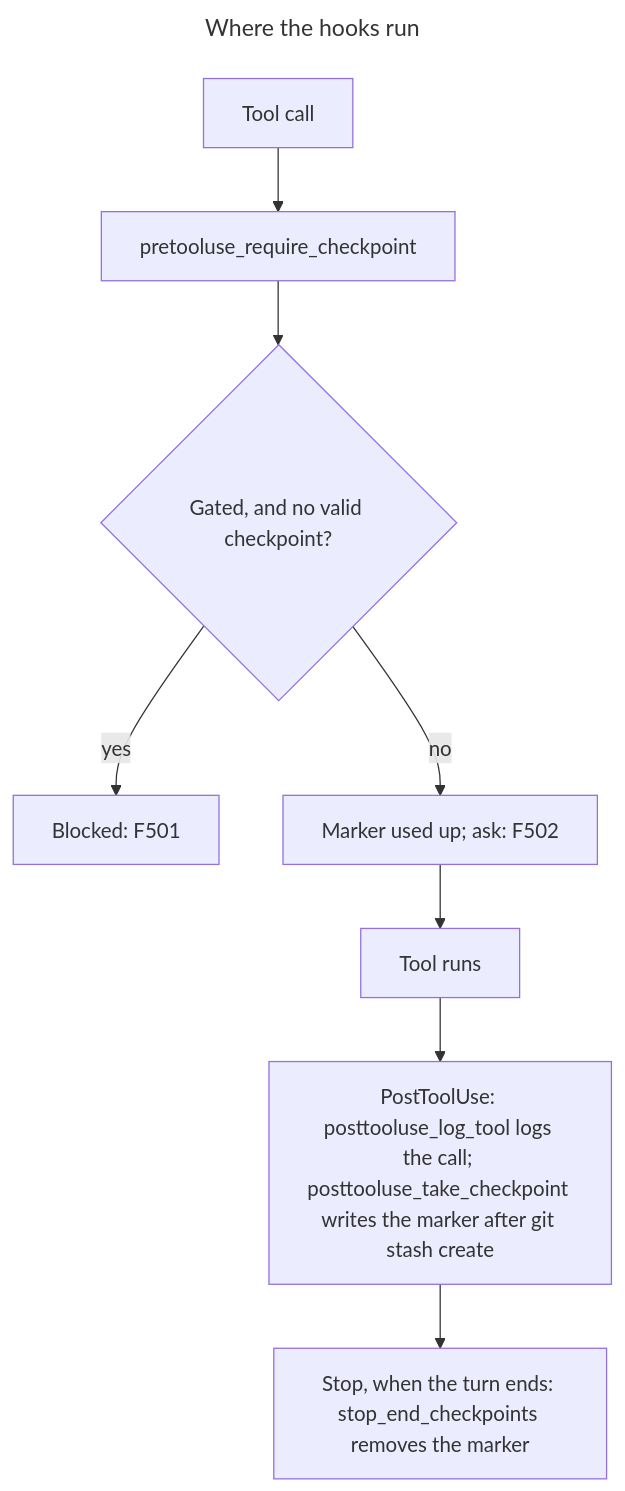
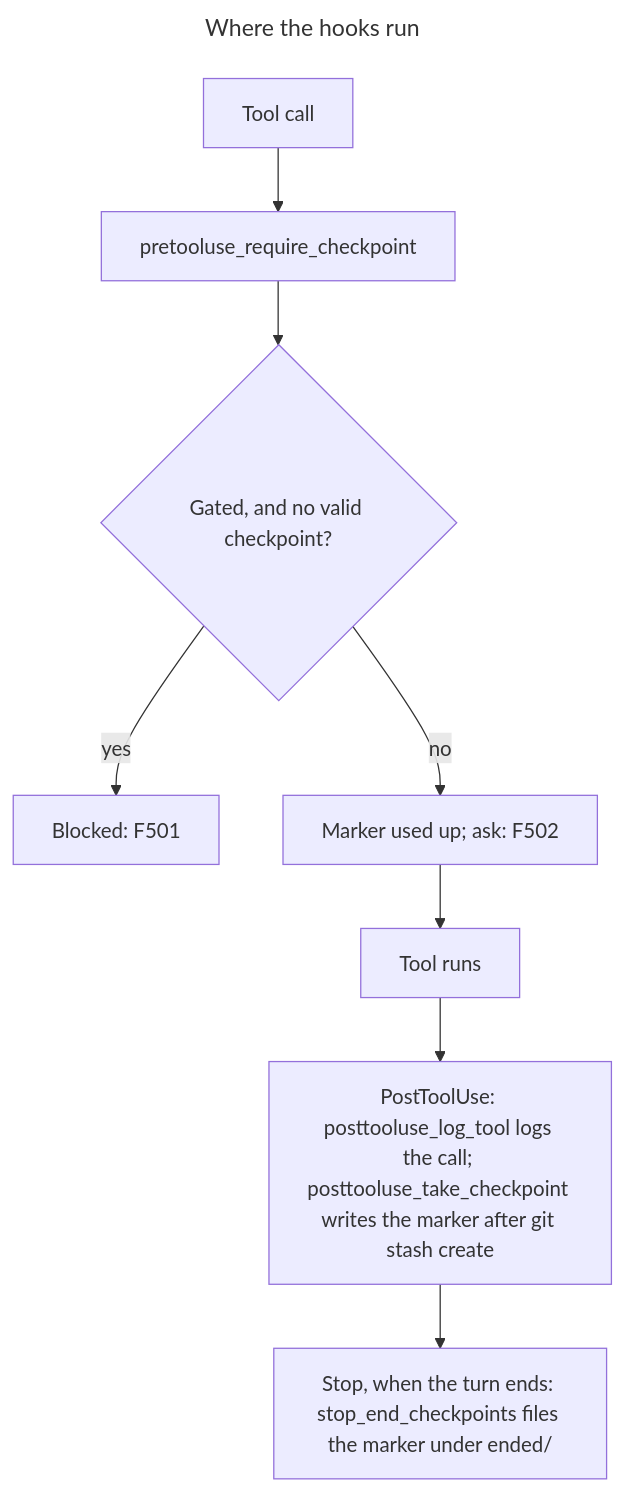
One commit to synaptiai/agent-capability-standard changed the seventh of 7 diagrams in spec/SECURITY.md. Above: the diagram before and after it, drawn with Mermaid. The commit also changed other lines of this file and 49 other files, not shown here.

````diff
--- a/spec/SECURITY.md
+++ b/spec/SECURITY.md
@@ -264,14 +264,14 @@
 ```mermaid
 ---
 title: Where the hooks run
 ---
 flowchart TB
-  accDescr: Before a tool runs, pretooluse_require_checkpoint classifies the call, blocks a gated call without a checkpoint, uses the checkpoint up and asks for approval; after it runs, posttooluse_log_tool adds to the audit trail and posttooluse_take_checkpoint writes the marker after a successful git stash create; when a turn ends, stop_end_checkpoints removes the marker.
+  accDescr: Before a tool runs, pretooluse_require_checkpoint classifies the call, blocks a gated call without a checkpoint, uses the checkpoint up and asks for approval; after it runs, posttooluse_log_tool adds to the audit trail and posttooluse_take_checkpoint writes the marker after a successful git stash create; when a turn ends, stop_end_checkpoints ends the marker's validity and files it with the history a rollback reads.
   call[Tool call] --> hook[pretooluse_require_checkpoint]
   hook --> pre{"Gated, and no valid checkpoint?"}
   pre -->|yes| block["Blocked: F501"]
   pre -->|no| ask["Marker used up; ask: F502"]
   ask --> run[Tool runs]
   run --> post["PostToolUse: posttooluse_log_tool logs the call; posttooluse_take_checkpoint writes the marker after git stash create"]
-  post --> stop["Stop, when the turn ends: stop_end_checkpoints removes the marker"]
+  post --> stop["Stop, when the turn ends: stop_end_checkpoints files the marker under ended/"]
 ```
````
